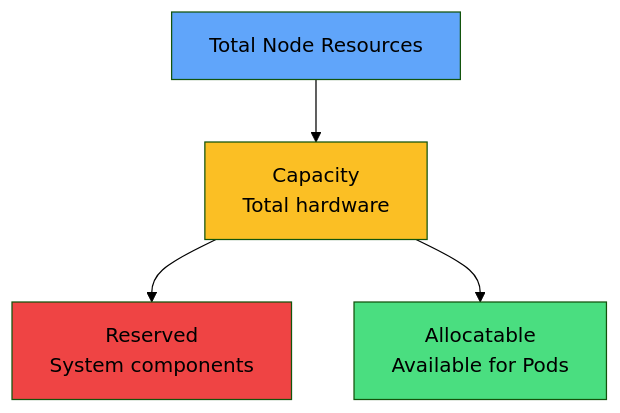
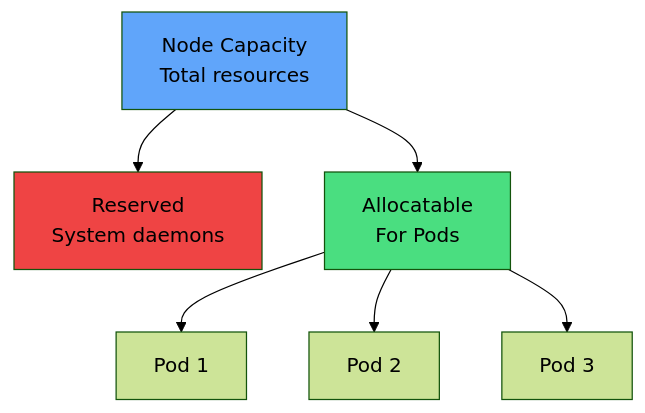
One commit to courselabs/kubernetes changed the fourth of 8 diagrams in slides/nodes/slides.md. Above: the diagram before and after it, drawn with Mermaid (forest theme). The commit also changed other lines of this file and 5 other files, not shown here.

````diff
--- a/slides/nodes/slides.md
+++ b/slides/nodes/slides.md
@@ -191,10 +182,11 @@
 ```mermaid
 graph TB
-    T[Total Node Resources] --> C[Capacity<br/>Total hardware]
-    C --> R[Reserved<br/>System components]
-    C --> A[Allocatable<br/>Available for Pods]
-    style T fill:#60a5fa
-    style C fill:#fbbf24
+    C[Node Capacity<br/>Total resources] --> R[Reserved<br/>System daemons]
+    C --> A[Allocatable<br/>For Pods]
+    A --> P1[Pod 1]
+    A --> P2[Pod 2]
+    A --> P3[Pod 3]
+    style C fill:#60a5fa
     style R fill:#ef4444
     style A fill:#4ade80
 ```
````
